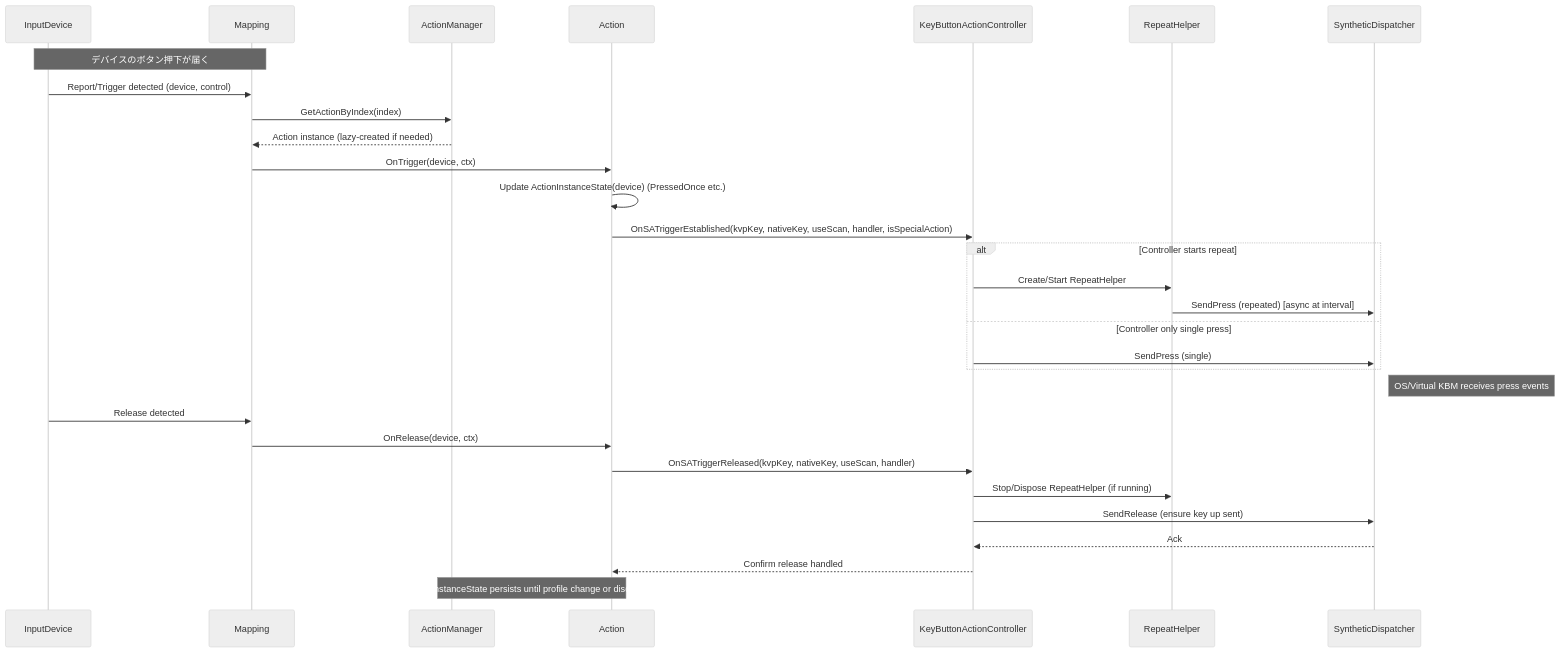
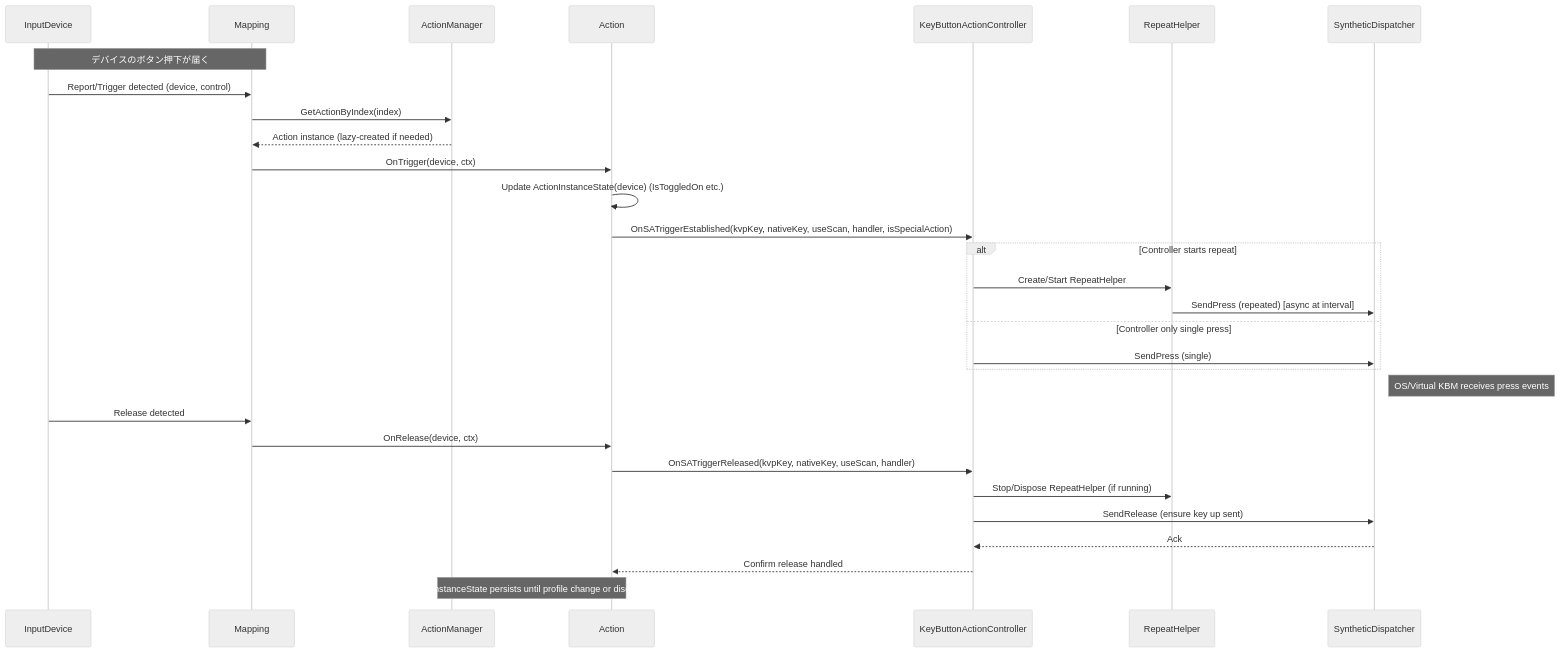
One commit to gwin7ok/DS4Windows-Vader4Pro changed the third of 3 diagrams in docs/Action-Class-Design.md. Above: the diagram before and after it, drawn with Mermaid (neutral theme). The commit also changed other lines of this file and 8 other files, not shown here.

Commit message:
feat: PressedOnceフラグをIsToggledOnに置き換え、アクション管理の整合性を向上

````diff
--- a/docs/Action-Class-Design.md
+++ b/docs/Action-Class-Design.md
@@ -307,36 +307,36 @@
 ```mermaid
 sequenceDiagram
   participant Device as InputDevice
   participant M as Mapping
   participant AM as ActionManager
   participant A as Action
   participant K as KeyButtonActionController
   participant R as RepeatHelper
   participant S as SyntheticDispatcher
 
   Note over Device,M: デバイスのボタン押下が届く
   Device->>M: Report/Trigger detected (device, control)
   M->>AM: GetActionByIndex(index)
   AM-->>M: Action instance (lazy-created if needed)
   M->>A: OnTrigger(device, ctx)
-  A->>A: Update ActionInstanceState(device) (PressedOnce etc.)
+  A->>A: Update ActionInstanceState(device) (IsToggledOn etc.)
   A->>K: OnSATriggerEstablished(kvpKey, nativeKey, useScan, handler, isSpecialAction)
   alt Controller starts repeat
     K->>R: Create/Start RepeatHelper
     R->>S: SendPress (repeated) [async at interval]
   else Controller only single press
     K->>S: SendPress (single)
   end
   Note right of S: OS/Virtual KBM receives press events
 
   %% Release flow
   Device->>M: Release detected
   M->>A: OnRelease(device, ctx)
   A->>K: OnSATriggerReleased(kvpKey, nativeKey, useScan, handler)
   K->>R: Stop/Dispose RepeatHelper (if running)
   K->>S: SendRelease (ensure key up sent)
   S-->>K: Ack
   K-->>A: Confirm release handled
 
   Note over AM,A: ActionInstanceState persists until profile change or disconnect
 ```
````
